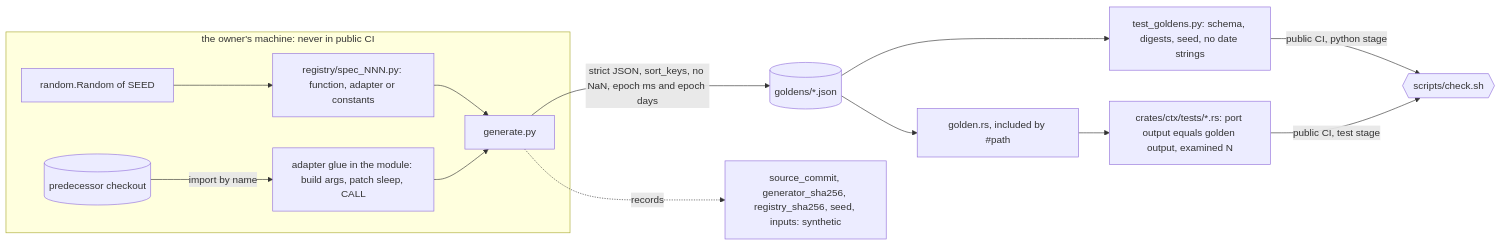
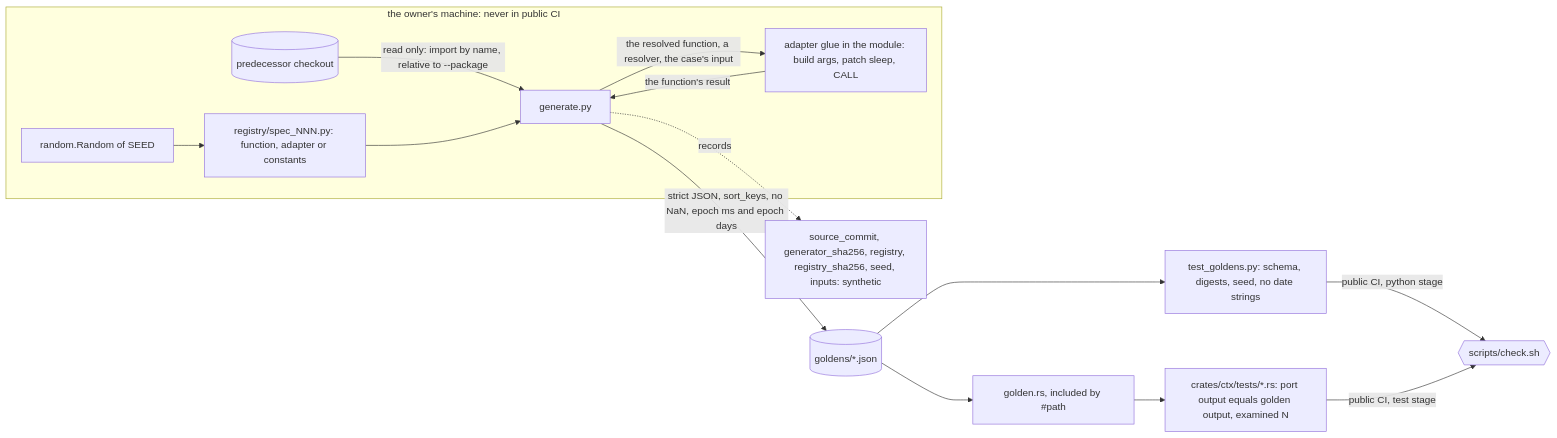
One commit to RexRenatus/deck-streak changed the diagram in docs/schematics/parity-oracle-goldens.md. Above: the diagram before and after it, drawn with Mermaid. The commit also changed other lines of this file and 4 other files, not shown here.

````diff
--- a/docs/schematics/parity-oracle-goldens.md
+++ b/docs/schematics/parity-oracle-goldens.md
@@ -7,16 +9,17 @@
 ```mermaid
 flowchart LR
   subgraph private[the owner's machine: never in public CI]
-    v9[(predecessor checkout)] -->|import by name| adapters
+    v9[(predecessor checkout)] -->|read only: import by name, relative to --package| gen
     registry[registry/spec_NNN.py: function, adapter or constants] --> gen[generate.py]
-    adapters[adapter glue in the module: build args, patch sleep, CALL] --> gen
+    gen -->|the resolved function, a resolver, the case's input| adapters
+    adapters[adapter glue in the module: build args, patch sleep, CALL] -->|the function's result| gen
     seed[random.Random of SEED] --> registry
   end
   gen -->|strict JSON, sort_keys, no NaN, epoch ms and epoch days| goldens[(goldens/*.json)]
-  gen -. records .-> prov[source_commit, generator_sha256, registry_sha256, seed, inputs: synthetic]
+  gen -. records .-> prov[source_commit, generator_sha256, registry, registry_sha256, seed, inputs: synthetic]
   goldens --> tg[test_goldens.py: schema, digests, seed, no date strings]
   goldens --> reader[golden.rs, included by #path]
   reader --> tests[crates/ctx/tests/*.rs: port output equals golden output, examined N]
   tg -->|public CI, python stage| gate{{scripts/check.sh}}
   tests -->|public CI, test stage| gate
 ```
````
